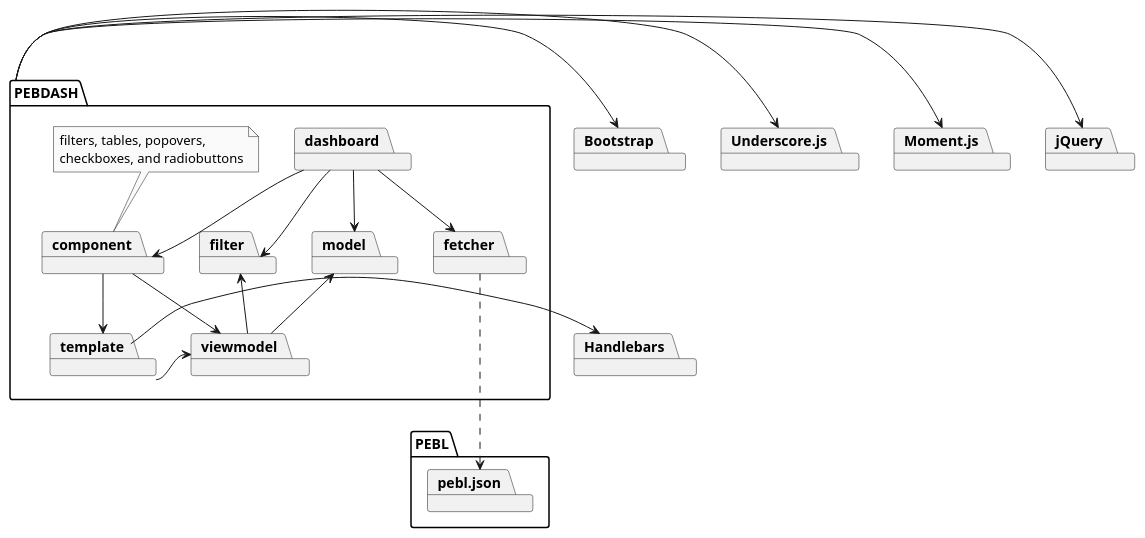
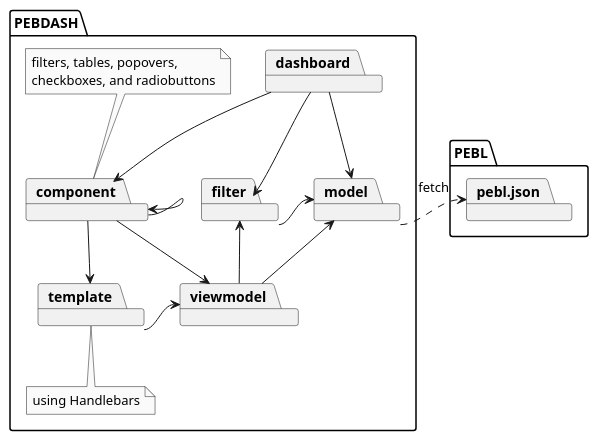
The diagram in loader/doc/dashboard-dependencies.puml (uniba-dsg/betsy), drawn with PlantUML before and after one commit. The commit also changed 3 other files, not shown here.

Commit message:
Update diagrams.

```diff
--- a/loader/doc/dashboard-dependencies.puml
+++ b/loader/doc/dashboard-dependencies.puml
@@ -1,53 +1,47 @@
 @startuml
-
-package jQuery
-package Underscore.js
-package Moment.js
-package Handlebars
-package Bootstrap
 
 package PEBL{
 	package pebl.json
 }
 
 package PEBDASH {
 	package dashboard
 	package filter
 	package model
 	package component
     note top of component
      filters, tables, popovers,
      checkboxes, and radiobuttons
     end note
+
+    component -> component
+
 	package template
 	package viewmodel
-	package fetcher
 	component --> template
 	component --> viewmodel
 	template -> viewmodel
-	template -> Handlebars
 	dashboard --> component
 	dashboard --> filter
 	dashboard --> model
-	dashboard --> fetcher
+	filter -> model
 	viewmodel -up-> model
 	viewmodel -up-> filter
+
+	note bottom of template
+      using Handlebars
+    end note
 }
 
-PEBDASH -> Bootstrap
-PEBDASH -> Underscore.js
-PEBDASH -> Moment.js
-PEBDASH -> jQuery
-
-fetcher ...> pebl.json
+model .> pebl.json : fetch
 
 
 
 hide empty members
 hide empty methods
 hide circle
 
 skinparam monochrome true
 skinparam shadowing false
 skinparam packageStyle rect
 @enduml
```
